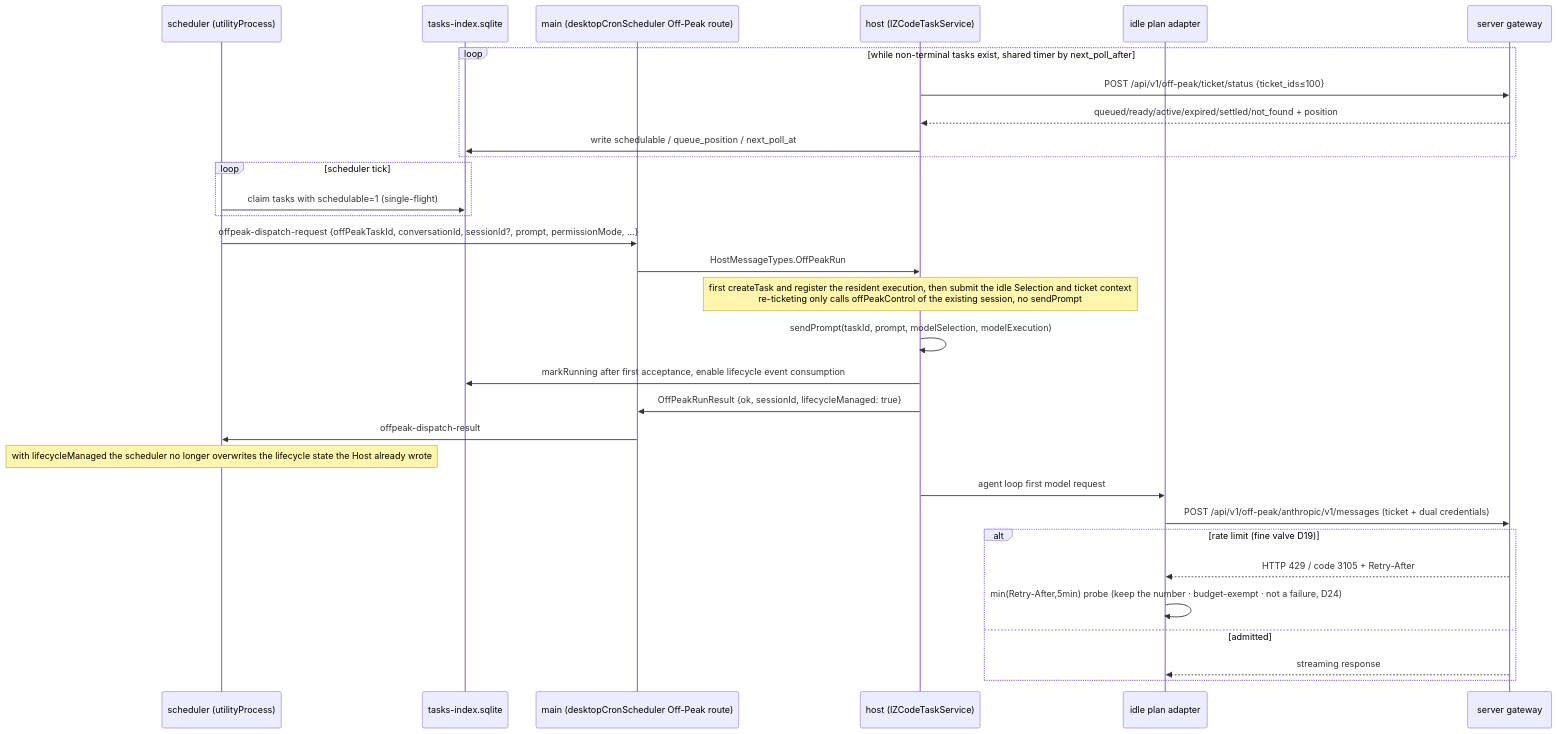
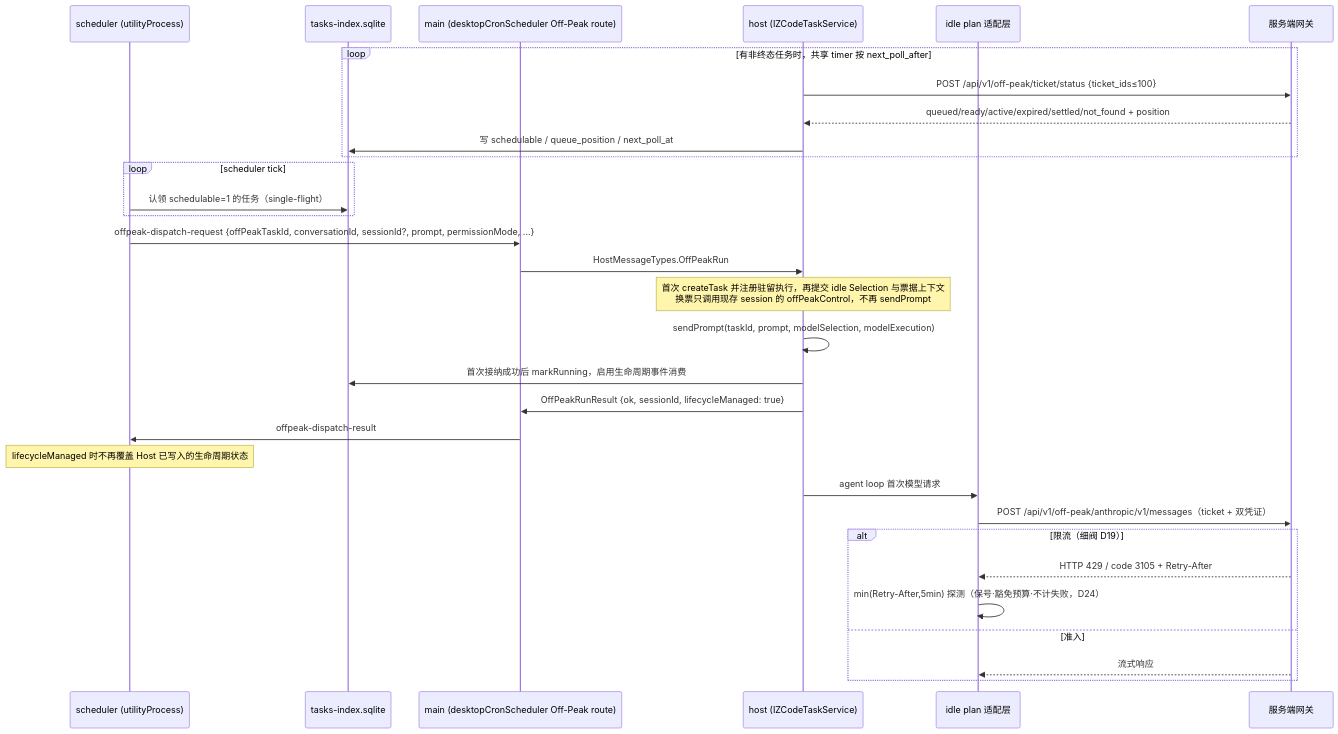
The third of 11 diagrams in docs/off-peak-task/tech-design.md (osben/ZCode), drawn with Mermaid before and after one commit. The commit also changed other lines of this file and 5391 other files, not shown here.

````diff
--- a/docs/off-peak-task/tech-design.md
+++ b/docs/off-peak-task/tech-design.md
@@ -366,33 +324,33 @@
 ```mermaid
 sequenceDiagram
   participant S as scheduler (utilityProcess)
   participant DB as tasks-index.sqlite
   participant M as main (desktopCronScheduler Off-Peak route)
   participant H as host (IZCodeTaskService)
-  participant A as idle plan adapter
-  participant G as server gateway
-  loop while non-terminal tasks exist, shared timer by next_poll_after
+  participant A as idle plan 适配层
+  participant G as 服务端网关
+  loop 有非终态任务时，共享 timer 按 next_poll_after
     H->>G: POST /api/v1/off-peak/ticket/status {ticket_ids≤100}
     G-->>H: queued/ready/active/expired/settled/not_found + position
-    H->>DB: write schedulable / queue_position / next_poll_at
+    H->>DB: 写 schedulable / queue_position / next_poll_at
   end
   loop scheduler tick
-    S->>DB: claim tasks with schedulable=1 (single-flight)
+    S->>DB: 认领 schedulable=1 的任务（single-flight）
   end
   S->>M: offpeak-dispatch-request {offPeakTaskId, conversationId, sessionId?, prompt, permissionMode, ...}
   M->>H: HostMessageTypes.OffPeakRun
-  Note over H: first createTask and register the resident execution, then submit the idle Selection and ticket context<br/>re-ticketing only calls offPeakControl of the existing session, no sendPrompt
+  Note over H: 首次 createTask 并注册驻留执行，再提交 idle Selection 与票据上下文<br/>换票只调用现存 session 的 offPeakControl，不再 sendPrompt
   H->>H: sendPrompt(taskId, prompt, modelSelection, modelExecution)
-  H->>DB: markRunning after first acceptance, enable lifecycle event consumption
+  H->>DB: 首次接纳成功后 markRunning，启用生命周期事件消费
   H->>M: OffPeakRunResult {ok, sessionId, lifecycleManaged: true}
   M->>S: offpeak-dispatch-result
-  Note over S: with lifecycleManaged the scheduler no longer overwrites the lifecycle state the Host already wrote
-  H->>A: agent loop first model request
-  A->>G: POST /api/v1/off-peak/anthropic/v1/messages (ticket + dual credentials)
-  alt rate limit (fine valve D19)
+  Note over S: lifecycleManaged 时不再覆盖 Host 已写入的生命周期状态
+  H->>A: agent loop 首次模型请求
+  A->>G: POST /api/v1/off-peak/anthropic/v1/messages（ticket + 双凭证）
+  alt 限流（细阀 D19）
     G-->>A: HTTP 429 / code 3105 + Retry-After
-    A->>A: min(Retry-After,5min) probe (keep the number · budget-exempt · not a failure, D24)
-  else admitted
-    G-->>A: streaming response
+    A->>A: min(Retry-After,5min) 探测（保号·豁免预算·不计失败，D24）
+  else 准入
+    G-->>A: 流式响应
   end
 ```
````
